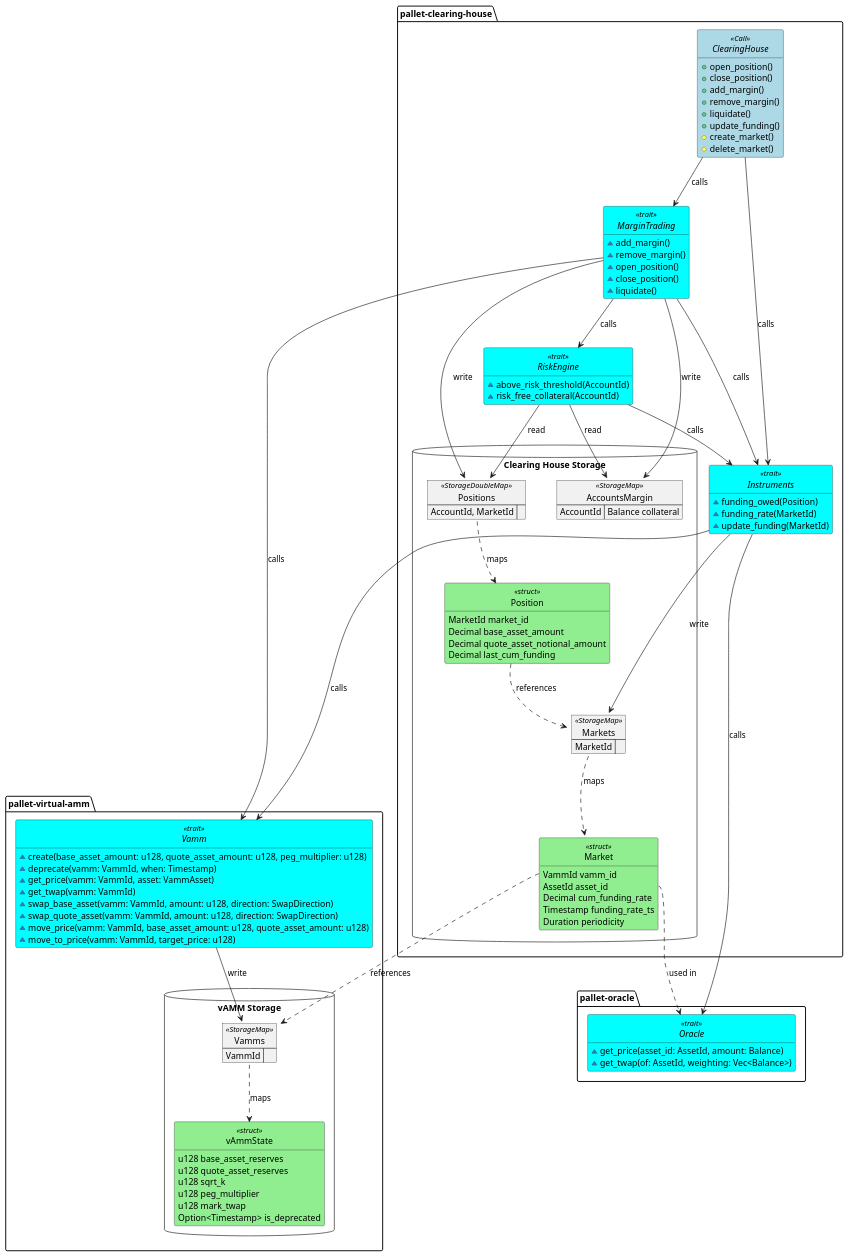
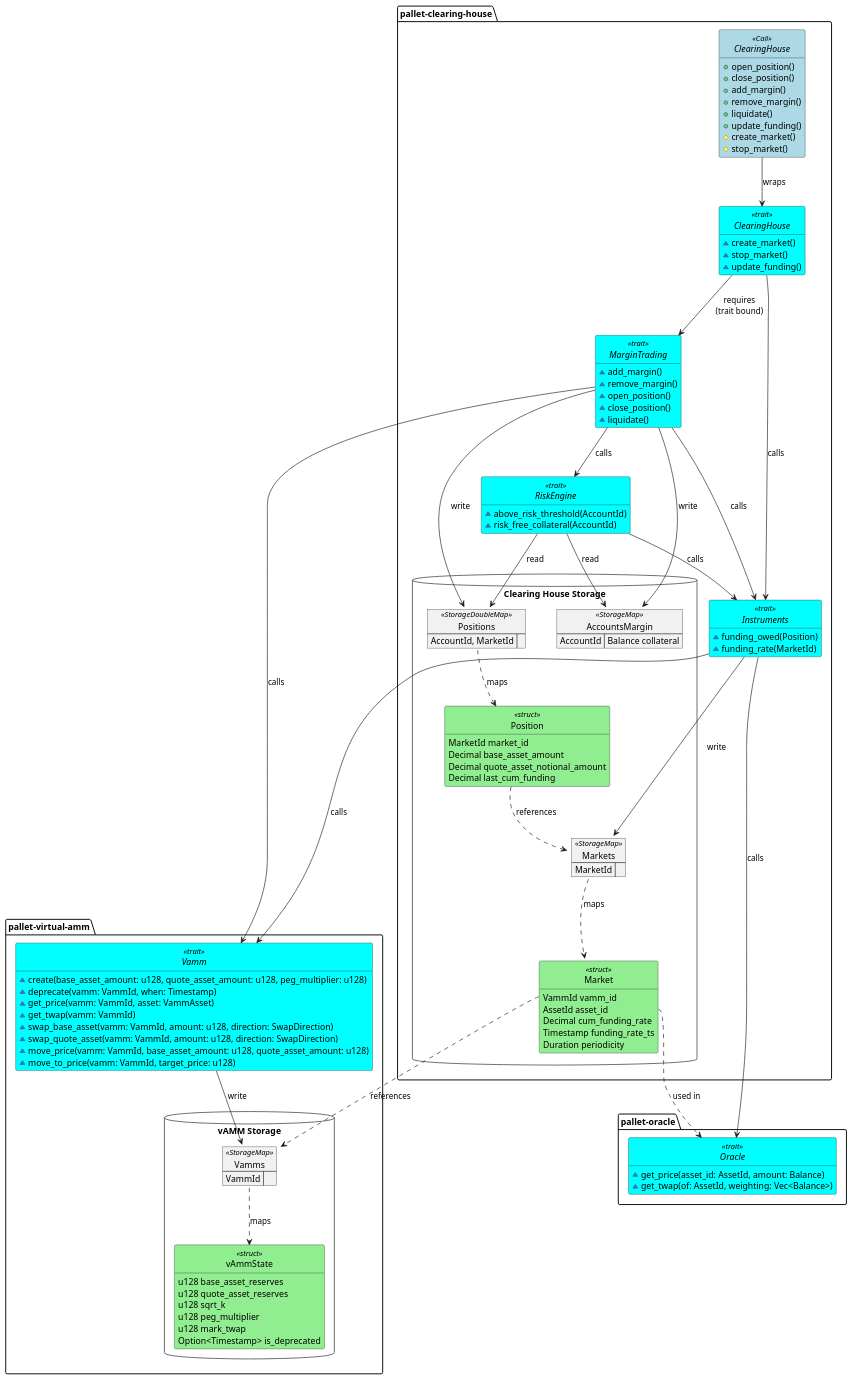
One commit to ComposableFi/composable changed the diagram in frame/clearing-house/diagrams/clearing-house.plantuml. Above: the diagram before and after it, drawn with PlantUML. The commit also changed 1 other file, not shown here.

Commit message:
docs(CH): update sequence diagrams

```diff
--- a/frame/clearing-house/diagrams/clearing-house.plantuml
+++ b/frame/clearing-house/diagrams/clearing-house.plantuml
@@ -1,160 +1,167 @@
 @startuml clearing-house
 
 <style>
 .struct {
     BackgroundColor LightGreen
 }
 .Call {
     BackgroundColor LightBlue
 }
 .trait {
     BackgroundColor Cyan
 }
 </style>
 
 package "pallet-clearing-house" {
     interface ClearingHouse <<Call>> {
         + open_position()
         + close_position()
         + add_margin()
         + remove_margin()
         + liquidate()
         + update_funding()
         # create_market()
-        # delete_market()
+        # stop_market()
+    }
+
+    interface "ClearingHouse" as CH <<trait>> {
+        ~ create_market()
+        ~ stop_market()
+        ~ update_funding()
     }
     
     interface "MarginTrading" as MTTrait <<trait>> {
         ~ add_margin()
         ~ remove_margin()
         ~ open_position()
         ~ close_position()
         ~ liquidate()
     }
     
     interface "RiskEngine" as RETrait <<trait>> {
         ~ above_risk_threshold(AccountId)
         ~ risk_free_collateral(AccountId)
         '~ get_margin_ratio()
         '~ get_free_collateral()
     }
     
     interface "Instruments" as ITrait <<trait>> {
         ~ funding_owed(Position)
         ~ funding_rate(MarketId)
-        ~ update_funding(MarketId)
     }
 
     database "Clearing House Storage" {
         map "AccountsMargin" as MarginAccounts <<StorageMap>> {
             AccountId => Balance collateral
         }
 
         map Positions <<StorageDoubleMap>> {
             AccountId, MarketId =>
         }
 
         map Markets <<StorageMap>> {
             MarketId =>
         }
 
         class Position <<struct>> {
             MarketId market_id
             Decimal base_asset_amount
             Decimal quote_asset_notional_amount
             Decimal last_cum_funding
         }
 
         class Market <<struct>> {
             VammId vamm_id
             AssetId asset_id
             Decimal cum_funding_rate
             Timestamp funding_rate_ts
             Duration periodicity
         }
     }
 }
 
 package "pallet-virtual-amm" {
     interface "Vamm" as vAmm <<trait>> {
         ~ create(base_asset_amount: u128, quote_asset_amount: u128, peg_multiplier: u128)
         ~ deprecate(vamm: VammId, when: Timestamp)
         ~ get_price(vamm: VammId, asset: VammAsset)
         ~ get_twap(vamm: VammId)
         ~ swap_base_asset(vamm: VammId, amount: u128, direction: SwapDirection)
         ~ swap_quote_asset(vamm: VammId, amount: u128, direction: SwapDirection)
         ~ move_price(vamm: VammId, base_asset_amount: u128, quote_asset_amount: u128)
         ~ move_to_price(vamm: VammId, target_price: u128)
     }
     database "vAMM Storage" {
         map "Vamms" as vAmms <<StorageMap>> {
             VammId =>
         }
         class vAmmState <<struct>> {
             u128 base_asset_reserves
             u128 quote_asset_reserves
             u128 sqrt_k
             u128 peg_multiplier
             u128 mark_twap
             Option<Timestamp> is_deprecated
         }
     }
 }
 
 package "pallet-oracle" {
     interface Oracle <<trait>> {
         ~get_price(asset_id: AssetId, amount: Balance)
         ~get_twap(of: AssetId, weighting: Vec<Balance>)
     }
 }
 
 hide empty members
 hide circle
 
 '================== Storage relationships
 Markets ..> Market : maps
 Market::vamm_id ..> vAmms : references
 Market::asset_id ..> Oracle : used in
 
 Positions ..> Position: maps
 Position ..> Markets : references
 
 '================== Control flow relationships             
-ClearingHouse --> MTTrait : calls
-ClearingHouse --> ITrait : calls
+ClearingHouse --> CH : wraps
+
+CH --> MTTrait : requires\n(trait bound)
+CH --> ITrait : calls
 
 'add_margin
 'remove_margin
 MTTrait --> MarginAccounts : write
 
 'remove_margin
 MTTrait --> RETrait : calls
 
 'open_position
 'close_position
 'liquidate
 MTTrait --> Positions : write
 
 'open_position
 'close_position
 MTTrait --> vAmm : calls
 
 'update_funding
 MTTrait --> ITrait : calls
 
 'update_funding
 ITrait --> Markets : write
 ITrait --> Oracle : calls
 ITrait --> vAmm : calls
 
 'above_risk_threshold
 'risk_free_collateral
 RETrait --> MarginAccounts : read
 RETrait --> Positions : read
 RETrait --> ITrait : calls
 
 'vAMM
 vAmm --> vAmms : write
 vAmms ..> vAmmState : maps
 
 @enduml
```
